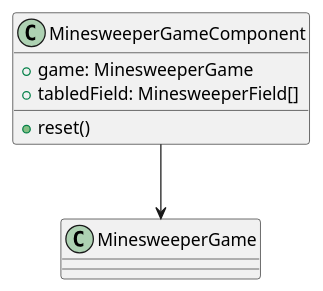
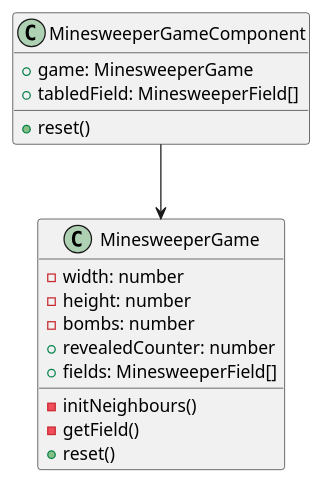
Before and after one commit to JensUngerer/angularJS-minesweeper: the diagram in documentation/classes/angularJS-minesweeper_classes.puml, drawn with PlantUML.

Commit message:
added MinesweeperGame class

```diff
--- a/documentation/classes/angularJS-minesweeper_classes.puml
+++ b/documentation/classes/angularJS-minesweeper_classes.puml
@@ -1,14 +1,21 @@
 @startuml
 class MinesweeperGameComponent {
  + game: MinesweeperGame
  + tabledField: MinesweeperField[]
  + reset()
 }
 class MinesweeperGame {
-
+    - width: number
+    - height: number
+    - bombs: number
+    + revealedCounter: number
+    + fields: MinesweeperField[]
+    - initNeighbours()
+    - getField()
+    + reset()
 }
 
 MinesweeperGameComponent --> MinesweeperGame
 
 
 @enduml
```
